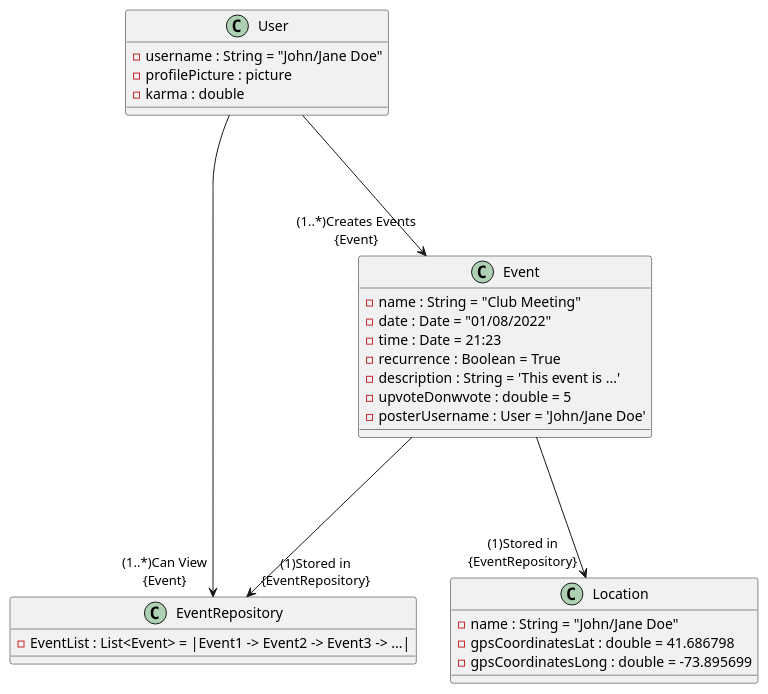
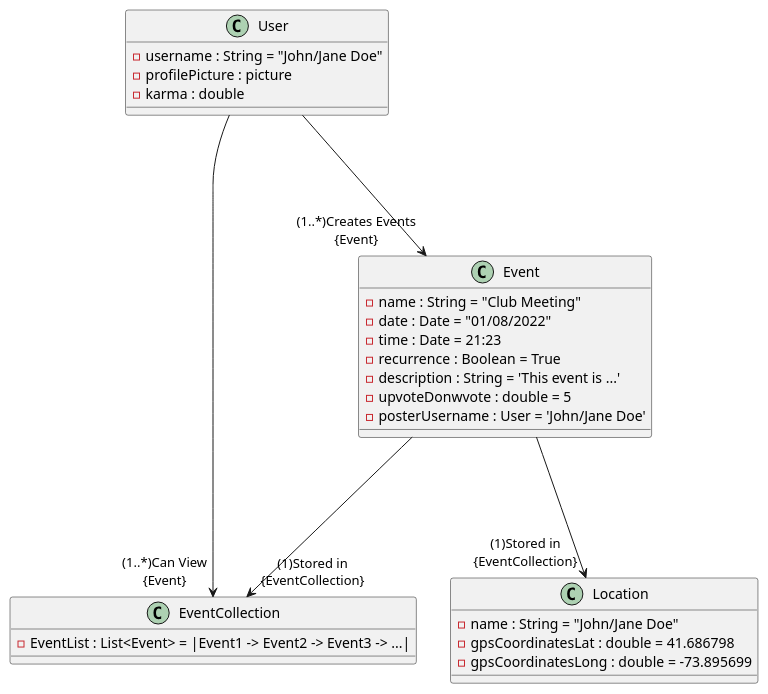
One commit to seamusgould/WhatsUpApp changed the fourth of 4 diagrams in doc/design.md. Above: the diagram before and after it, drawn with PlantUML.

Commit message:
changed repository to collection

````diff
--- a/doc/design.md
+++ b/doc/design.md
@@ -101,40 +101,40 @@
 ```plantuml
 
 @startuml
 class User{
 - username : String = "John/Jane Doe"
 - profilePicture : picture
 - karma : double
 }
 
-class EventRepository{
+class EventCollection{
 - EventList : List<Event> = |Event1 -> Event2 -> Event3 -> ...|
 }
 
 
 class Event{
 - name : String = "Club Meeting"
 - date : Date = "01/08/2022"
 - time : Date = 21:23
 - recurrence : Boolean = True
 - description : String = 'This event is ...'
 - upvoteDonwvote : double = 5
 - posterUsername : User = 'John/Jane Doe'
 }
 
 class Location{
 - name : String = "John/Jane Doe"
 - gpsCoordinatesLat : double = 41.686798
 - gpsCoordinatesLong : double = -73.895699
 }
 
 User ---> "(1..*)Creates Events\n{Event}" Event : \t\t\t\t
 
-Event ---> "(1)Stored in\n{EventRepository}" EventRepository : \t\t\t\t
+Event ---> "(1)Stored in\n{EventCollection}" EventCollection : \t\t\t\t
 
-Event ---> "(1)Stored in\n{EventRepository}" Location : \t\t\t\t
+Event ---> "(1)Stored in\n{EventCollection}" Location : \t\t\t\t
 
-User ---> "(1..*)Can View\n{Event}" EventRepository : \t\t\t\t
+User ---> "(1..*)Can View\n{Event}" EventCollection : \t\t\t\t
 
 @enduml
 ```
````
